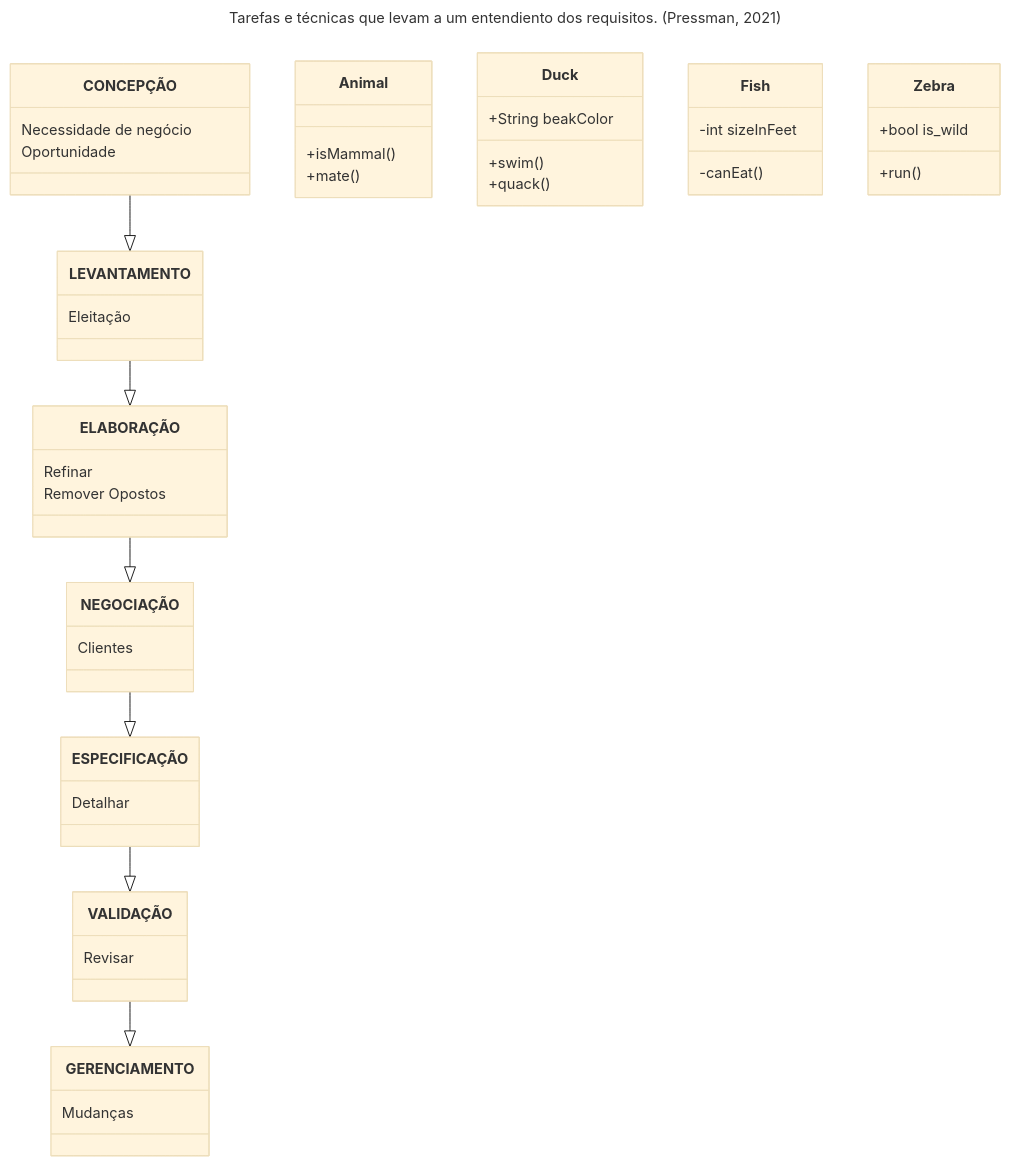
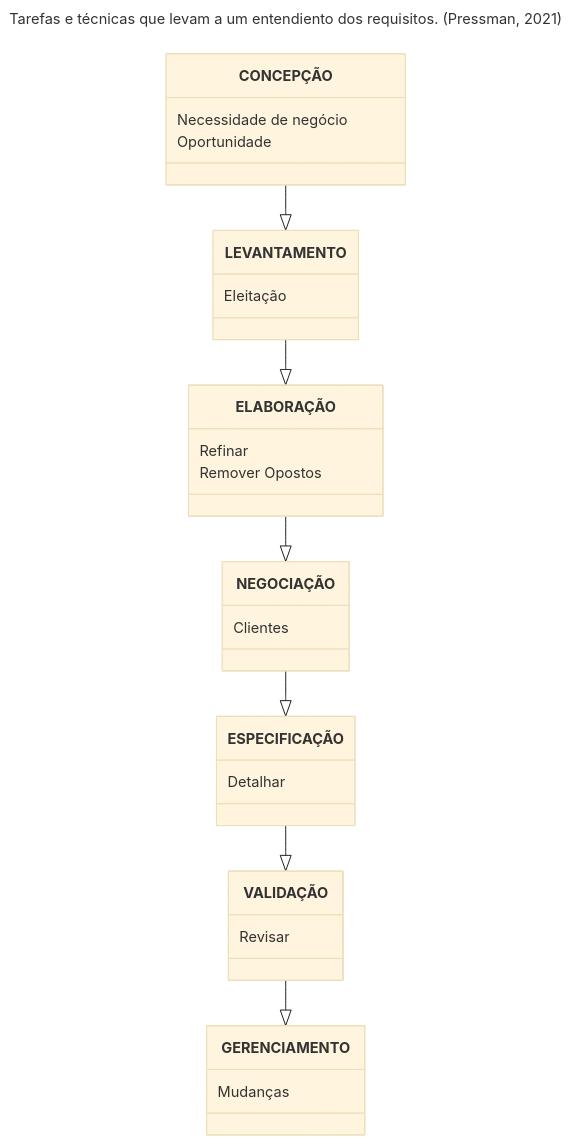
One commit to ericmds/3-Semestre changed the second of 2 diagrams in Engenharia e Requisitos de Software/Aula 06 - 26.03.25.md. Above: the diagram before and after it, drawn with Mermaid (base theme).

Commit message:
Update Aula 06 - 26.03.25.md

````diff
--- a/Engenharia e Requisitos de Software/Aula 06 - 26.03.25.md
+++ b/Engenharia e Requisitos de Software/Aula 06 - 26.03.25.md
@@ -30,36 +30,21 @@
   ```mermaid
   ---
   title: Tarefas e técnicas que levam a um entendiento dos requisitos. (Pressman, 2021)
   ---
   classDiagram
       CONCEPÇÃO --|> LEVANTAMENTO
       LEVANTAMENTO --|> ELABORAÇÃO
       ELABORAÇÃO --|> NEGOCIAÇÃO
       NEGOCIAÇÃO --|> ESPECIFICAÇÃO
       ESPECIFICAÇÃO --|> VALIDAÇÃO
       VALIDAÇÃO --|> GERENCIAMENTO
       CONCEPÇÃO : Necessidade de negócio
       CONCEPÇÃO : Oportunidade
       LEVANTAMENTO : Eleitação
       ELABORAÇÃO : Refinar
       ELABORAÇÃO : Remover Opostos
       NEGOCIAÇÃO : Clientes
       ESPECIFICAÇÃO : Detalhar
       VALIDAÇÃO : Revisar
       GERENCIAMENTO : Mudanças
-      Animal: +isMammal()
-      Animal: +mate()
-      class Duck{
-          +String beakColor
-          +swim()
-          +quack()
-      }
-      class Fish{
-          -int sizeInFeet
-          -canEat()
-      }
-      class Zebra{
-          +bool is_wild
-          +run()
-      }
   ```
````
